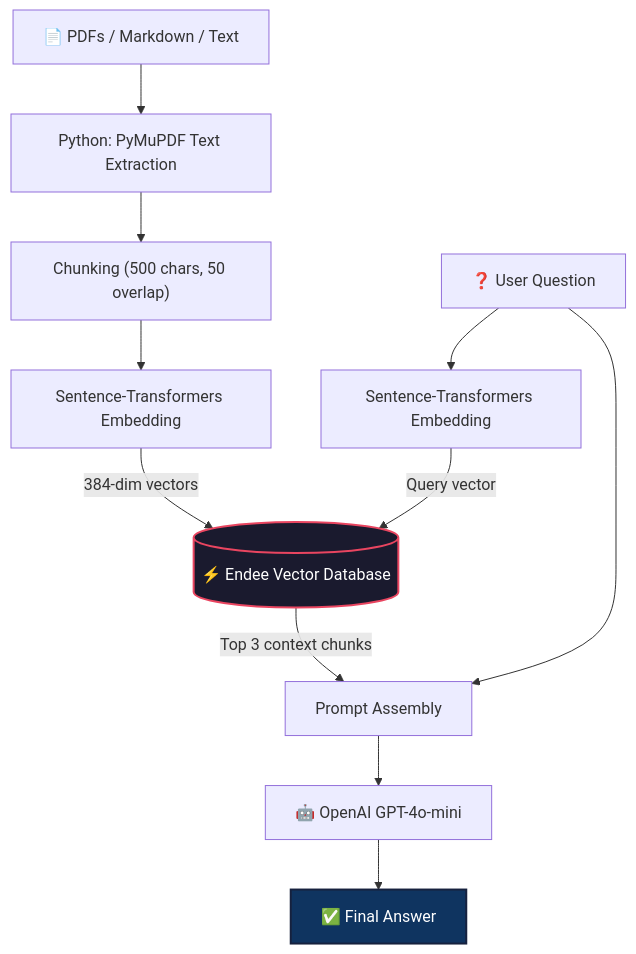
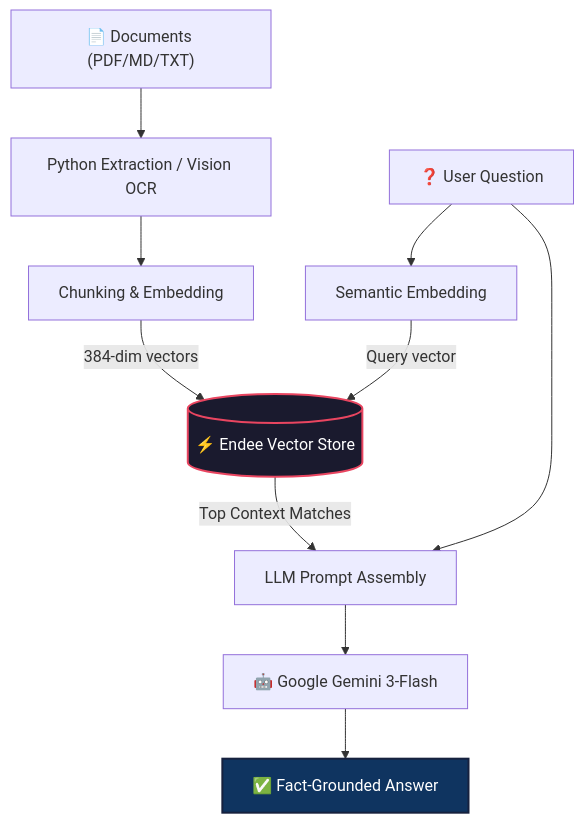
Before and after one commit to Vikash9546/endee: the diagram in assignment/README.md, drawn with Mermaid. The commit also changed other lines of this file, not shown here.

Commit message:
docs: Update README and codebase to reflect Gemini-only functionality and Cloud connectivity fixes

````diff
--- a/assignment/README.md
+++ b/assignment/README.md
@@ -37,18 +35,17 @@
 ```mermaid
 graph TD
-    A["📄 PDFs / Markdown / Text"] --> B["Python: PyMuPDF Text Extraction"]
-    B --> C["Chunking (500 chars, 50 overlap)"]
-    C --> D["Sentence-Transformers Embedding"]
-    D -->|384-dim vectors| E[("⚡ Endee Vector Database")]
+    A["📄 Documents (PDF/MD/TXT)"] --> B["Python Extraction / Vision OCR"]
+    B --> C["Chunking & Embedding"]
+    C -->|384-dim vectors| E[("⚡ Endee Vector Store")]
     
-    F["❓ User Question"] --> G["Sentence-Transformers Embedding"]
+    F["❓ User Question"] --> G["Semantic Embedding"]
     G -->|Query vector| E
-    E -->|"Top 3 context chunks"| H["Prompt Assembly"]
+    E -->|"Top Context Matches"| H["LLM Prompt Assembly"]
     F --> H
     
-    H --> I["🤖 OpenAI GPT-4o-mini"]
-    I --> J["✅ Final Answer"]
+    H --> I["🤖 Google Gemini 3-Flash"]
+    I --> J["✅ Fact-Grounded Answer"]
 
     style E fill:#1a1a2e,stroke:#e94560,stroke-width:2px,color:#fff
     style J fill:#0f3460,stroke:#16213e,stroke-width:2px,color:#fff
 ```
````
